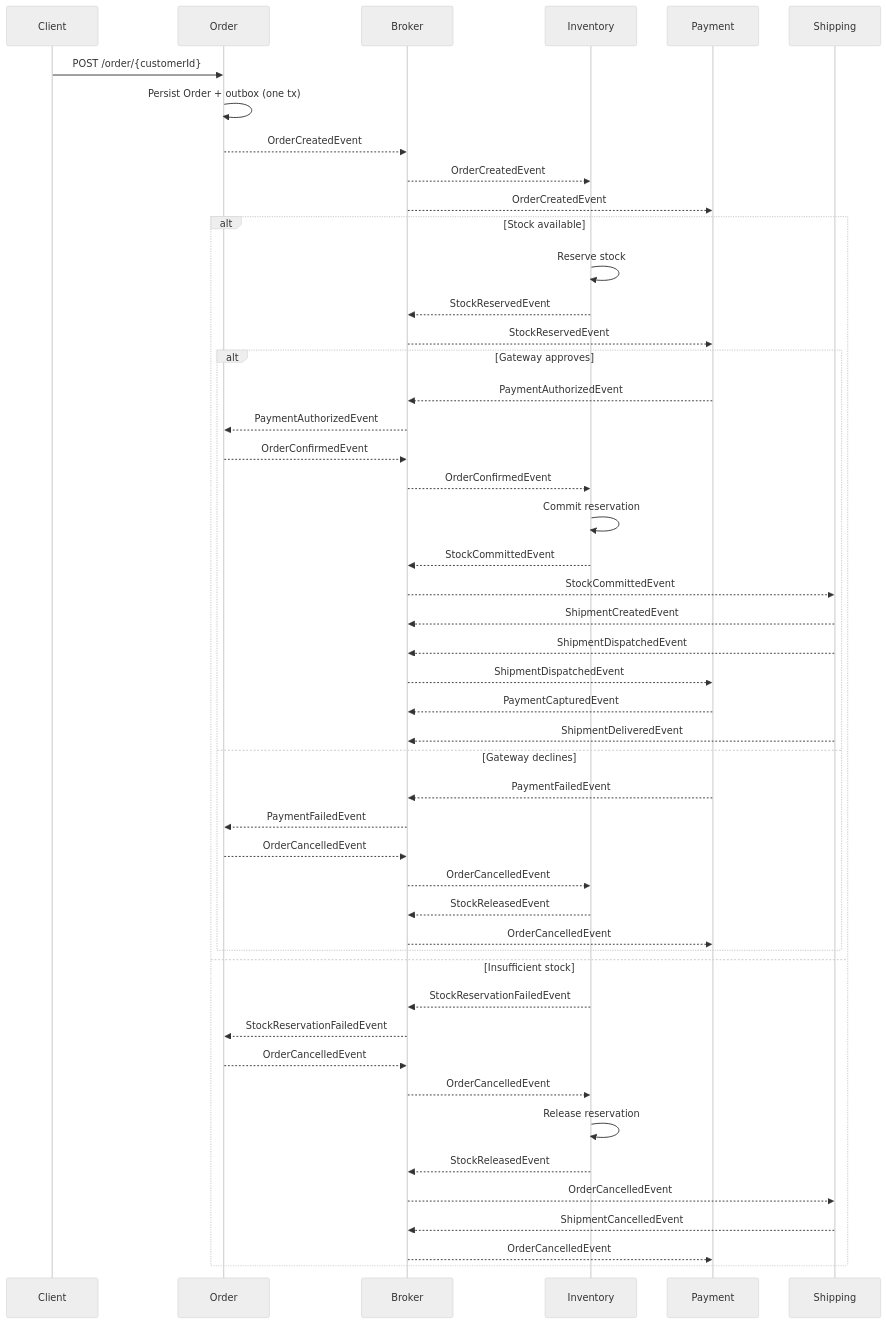
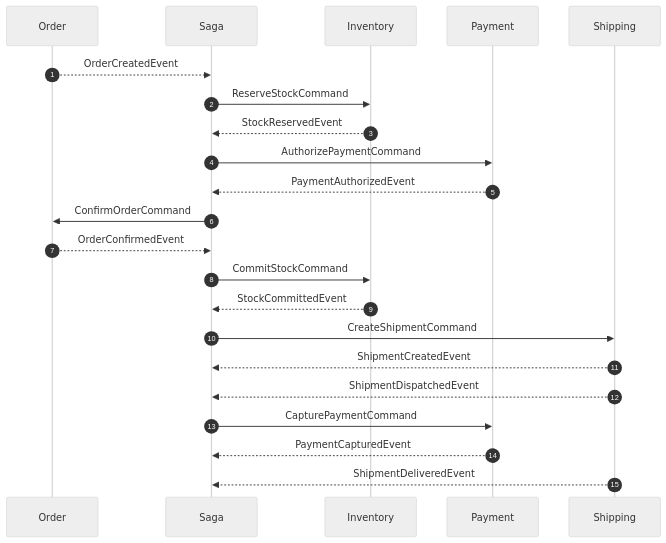
Before and after one commit to daonhan/Microservices-in-.NET: the second of 3 diagrams in docs/wiki/Architecture.md, drawn with Mermaid (neutral theme). The commit also changed other lines of this file and 18 other files, not shown here.

First line of the commit message:
docs(saga): orchestrator-led sequence + command catalog (Phase 3) [#141]

````diff
--- a/docs/wiki/Architecture.md
+++ b/docs/wiki/Architecture.md
@@ -68,51 +68,24 @@
 ```mermaid
 sequenceDiagram
-    participant Client
-    participant Order
-    participant Bus as Broker
-    participant Inventory
-    participant Payment
-    participant Shipping
-
-    Client->>Order: POST /order/{customerId}
-    Order->>Order: Persist Order + outbox (one tx)
-    Order-->>Bus: OrderCreatedEvent
-    Bus-->>Inventory: OrderCreatedEvent
-    Bus-->>Payment: OrderCreatedEvent
-    alt Stock available
-        Inventory->>Inventory: Reserve stock
-        Inventory-->>Bus: StockReservedEvent
-        Bus-->>Payment: StockReservedEvent
-        alt Gateway approves
-            Payment-->>Bus: PaymentAuthorizedEvent
-            Bus-->>Order: PaymentAuthorizedEvent
-            Order-->>Bus: OrderConfirmedEvent
-            Bus-->>Inventory: OrderConfirmedEvent
-            Inventory->>Inventory: Commit reservation
-            Inventory-->>Bus: StockCommittedEvent
-            Bus-->>Shipping: StockCommittedEvent
-            Shipping-->>Bus: ShipmentCreatedEvent
-            Shipping-->>Bus: ShipmentDispatchedEvent
-            Bus-->>Payment: ShipmentDispatchedEvent
-            Payment-->>Bus: PaymentCapturedEvent
-            Shipping-->>Bus: ShipmentDeliveredEvent
-        else Gateway declines
-            Payment-->>Bus: PaymentFailedEvent
-            Bus-->>Order: PaymentFailedEvent
-            Order-->>Bus: OrderCancelledEvent
-            Bus-->>Inventory: OrderCancelledEvent
-            Inventory-->>Bus: StockReleasedEvent
-            Bus-->>Payment: OrderCancelledEvent
-        end
-    else Insufficient stock
-        Inventory-->>Bus: StockReservationFailedEvent
-        Bus-->>Order: StockReservationFailedEvent
-        Order-->>Bus: OrderCancelledEvent
-        Bus-->>Inventory: OrderCancelledEvent
-        Inventory->>Inventory: Release reservation
-        Inventory-->>Bus: StockReleasedEvent
-        Bus-->>Shipping: OrderCancelledEvent
-        Shipping-->>Bus: ShipmentCancelledEvent
-        Bus-->>Payment: OrderCancelledEvent
-    end
+    autonumber
+    participant O as Order
+    participant Sg as Saga
+    participant I as Inventory
+    participant P as Payment
+    participant Sh as Shipping
+    O-->>Sg: OrderCreatedEvent
+    Sg->>I: ReserveStockCommand
+    I-->>Sg: StockReservedEvent
+    Sg->>P: AuthorizePaymentCommand
+    P-->>Sg: PaymentAuthorizedEvent
+    Sg->>O: ConfirmOrderCommand
+    O-->>Sg: OrderConfirmedEvent
+    Sg->>I: CommitStockCommand
+    I-->>Sg: StockCommittedEvent
+    Sg->>Sh: CreateShipmentCommand
+    Sh-->>Sg: ShipmentCreatedEvent
+    Sh-->>Sg: ShipmentDispatchedEvent
+    Sg->>P: CapturePaymentCommand
+    P-->>Sg: PaymentCapturedEvent
+    Sh-->>Sg: ShipmentDeliveredEvent
 ```
````
